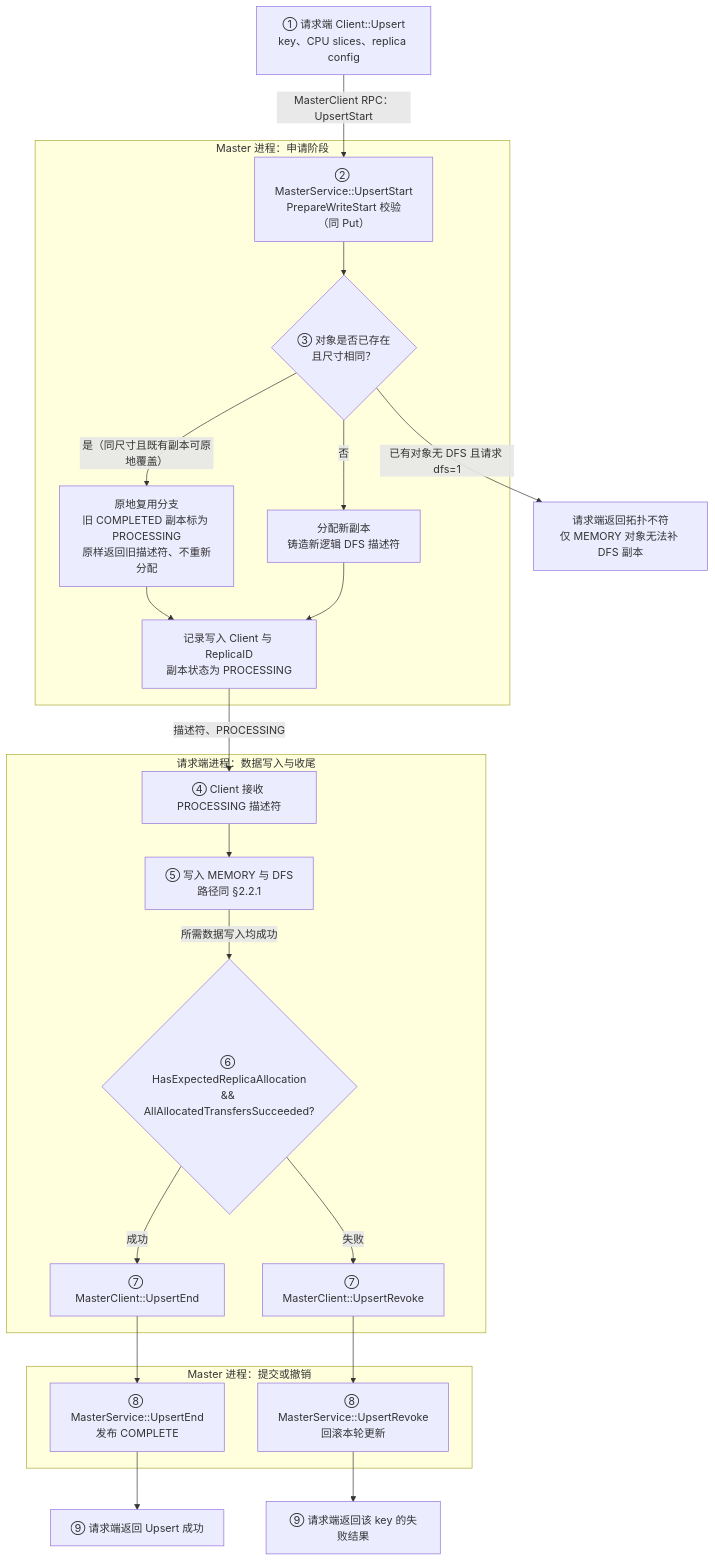
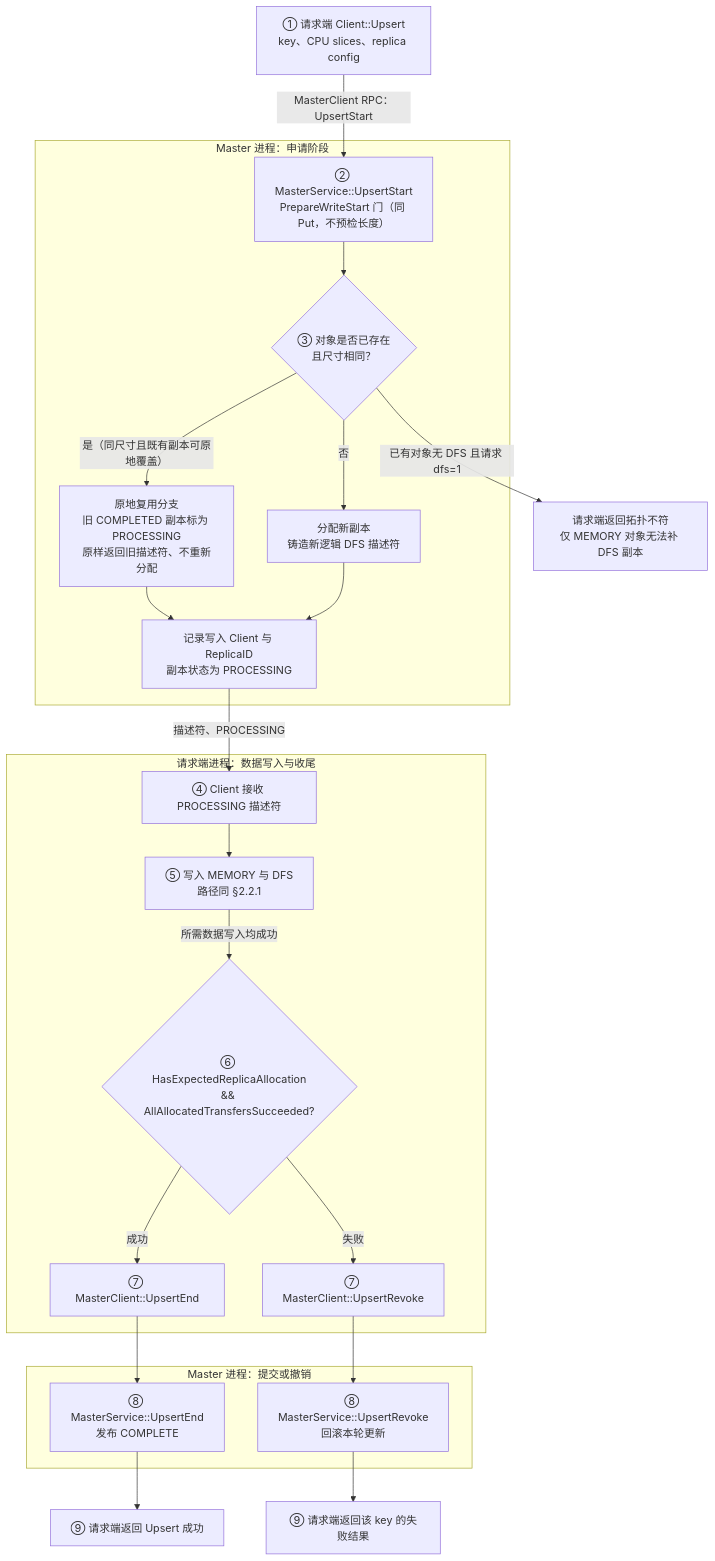
Before and after one commit to zwj20000328-dotcom/Mooncake-documents: the seventh of 13 diagrams in Mooncake + KVClient L3 接入（Kvcs）- v3.md, drawn with Mermaid. The commit also changed other lines of this file and 3 other files, not shown here.

````diff
--- a/Mooncake + KVClient L3 接入（Kvcs）- v3.md
+++ b/Mooncake + KVClient L3 接入（Kvcs）- v3.md
@@ -502,48 +504,48 @@
 ```mermaid
 flowchart TB
     C1["① 请求端 Client::Upsert<br/>key、CPU slices、replica config"]
 
     subgraph MasterStart["Master 进程：申请阶段"]
-        START["② MasterService::UpsertStart<br/>PrepareWriteStart 校验（同 Put）"]
+        START["② MasterService::UpsertStart<br/>PrepareWriteStart 门（同 Put，不预检长度）"]
         BRANCH{"③ 对象是否已存在<br/>且尺寸相同？"}
         REUSE["原地复用分支<br/>旧 COMPLETED 副本标为 PROCESSING<br/>原样返回旧描述符、不重新分配"]
         ALLOC["分配新副本<br/>铸造新逻辑 DFS 描述符"]
         META["记录写入 Client 与 ReplicaID<br/>副本状态为 PROCESSING"]
 
         START --> BRANCH
         BRANCH -->|"是（同尺寸且既有副本可原地覆盖）"| REUSE
         BRANCH -->|"否"| ALLOC
         REUSE --> META
         ALLOC --> META
     end
 
     subgraph Request["请求端进程：数据写入与收尾"]
         C2["④ Client 接收 PROCESSING 描述符"]
         W["⑤ 写入 MEMORY 与 DFS<br/>路径同 §2.2.1"]
         J{"⑥ HasExpectedReplicaAllocation<br/>&& AllAllocatedTransfersSucceeded?"}
         END["⑦ MasterClient::UpsertEnd"]
         REVOKE["⑦ MasterClient::UpsertRevoke"]
 
         C2 --> W
         W -->|"所需数据写入均成功"| J
         J -->|"成功"| END
         J -->|"失败"| REVOKE
     end
 
     subgraph MasterFinish["Master 进程：提交或撤销"]
         COMMIT["⑧ MasterService::UpsertEnd<br/>发布 COMPLETE"]
         ABORT["⑧ MasterService::UpsertRevoke<br/>回滚本轮更新"]
     end
 
     OK["⑨ 请求端返回 Upsert 成功"]
     FAIL["⑨ 请求端返回该 key 的失败结果"]
     TOPO["请求端返回拓扑不符<br/>仅 MEMORY 对象无法补 DFS 副本"]
 
     C1 -->|"MasterClient RPC：UpsertStart"| START
     BRANCH -->|"已有对象无 DFS 且请求 dfs=1"| TOPO
     META -->|"描述符、PROCESSING"| C2
     END --> COMMIT
     COMMIT --> OK
     REVOKE --> ABORT
     ABORT --> FAIL
 ```
````
